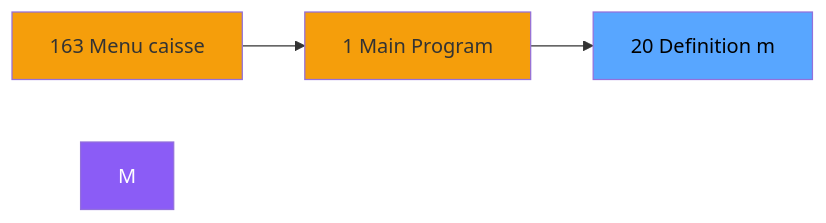
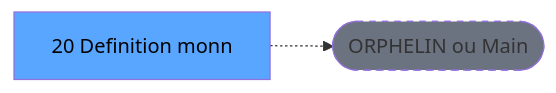
Before and after one commit to thonyAGP/lecteur-magic: the second of 3 diagrams in .openspec/specs/ADH-IDE-20.md, drawn with Mermaid. The commit also changed other lines of this file and 701 other files, not shown here.

````diff
--- a/.openspec/specs/ADH-IDE-20.md
+++ b/.openspec/specs/ADH-IDE-20.md
@@ -108,12 +117,8 @@
 ```mermaid
 graph LR
-    N163[163 Menu caisse ]
-    N1[1 Main Program]
-    T[20 Definition m]
-    N163 --> N1
-    N1 --> T
-    style M fill:#8b5cf6,color:#fff
-    style N163 fill:#f59e0b
-    style N1 fill:#f59e0b
+    T[20 Definition monn]
+    ORPHAN([ORPHELIN ou Main])
+    T -.-> ORPHAN
     style T fill:#58a6ff,color:#000
+    style ORPHAN fill:#6b7280,stroke-dasharray: 5 5
 ```
````
